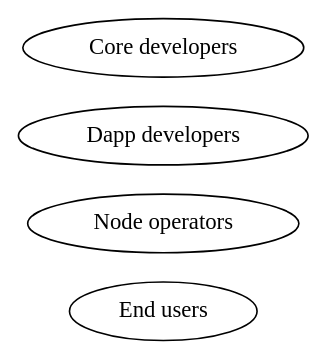
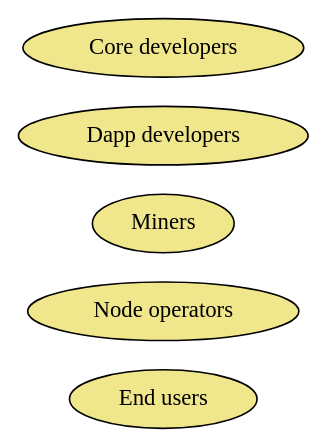
One commit to ledgerwatch/eth_state changed the sixth of 13 diagrams in Ethereum1x_definition.md. Above: the diagram before and after it, drawn with Graphviz. The commit also changed other lines of this file, not shown here.

````diff
--- a/Ethereum1x_definition.md
+++ b/Ethereum1x_definition.md
@@ -64,9 +64,10 @@
 ```graphviz
 digraph agents {
 rankdir=LR;
-end_users [label="End users"];
-node_ops [label="Node operators"];
-dapp_devs [label="Dapp developers"];
-core_devs [label="Core developers"];
+end_users [label="End users" style=filled fillcolor=khaki];
+node_ops [label="Node operators" style=filled fillcolor=khaki];
+miners [label="Miners" style=filled fillcolor=khaki];
+dapp_devs [label="Dapp developers" style=filled fillcolor=khaki];
+core_devs [label="Core developers" style=filled fillcolor=khaki];
 }
 ```
````
